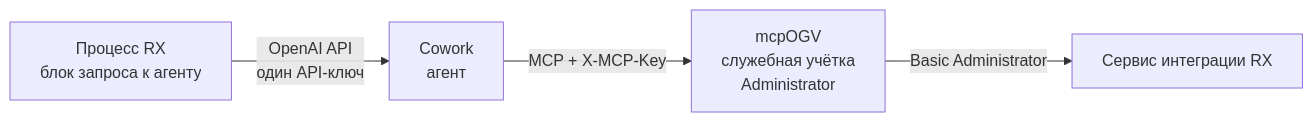
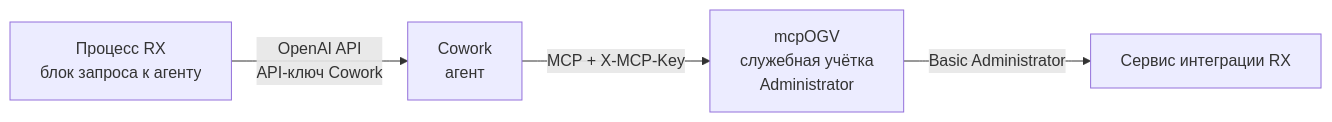
The first of 3 diagrams in docs/rx-process-cowork-on-behalf-requirements.md (nikitakorotaevnikita-sudo/MCP-Directum-RX), drawn with Mermaid before and after one commit. The commit also changed other lines of this file and 11 other files, not shown here.

````diff
--- a/docs/rx-process-cowork-on-behalf-requirements.md
+++ b/docs/rx-process-cowork-on-behalf-requirements.md
@@ -20,6 +23,6 @@
 ```mermaid
 flowchart LR
-    P["Процесс RX<br/>блок запроса к агенту"] -- "OpenAI API<br/>один API-ключ" --> C["Cowork<br/>агент"]
+    P["Процесс RX<br/>блок запроса к агенту"] -- "OpenAI API<br/>API-ключ Cowork" --> C["Cowork<br/>агент"]
     C -- "MCP + X-MCP-Key" --> M["mcpOGV<br/>служебная учётка<br/>Administrator"]
     M -- "Basic Administrator" --> RX["Сервис интеграции RX"]
 ```
````
